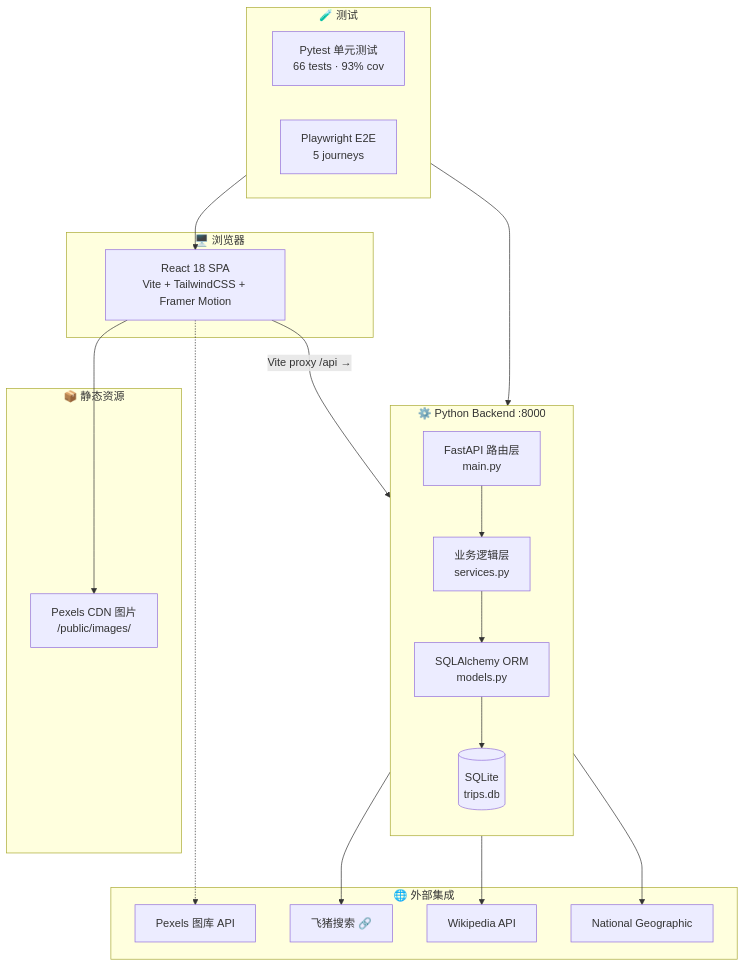
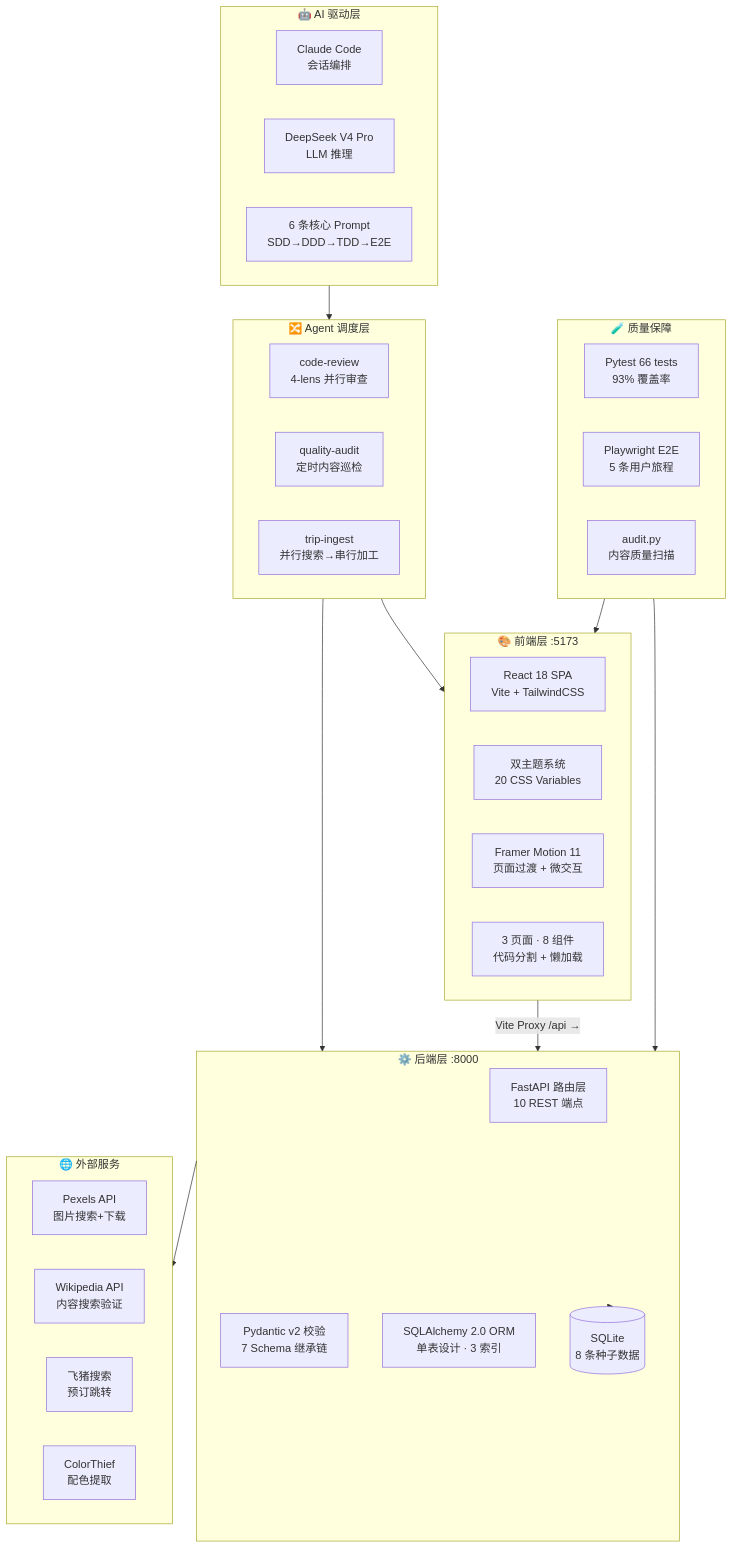
One commit to euredachen/100-incredible-trips changed the diagram in README.md. Above: the diagram before and after it, drawn with Mermaid. The commit also changed other lines of this file and 1 other file, not shown here.

````diff
--- a/README.md
+++ b/README.md
@@ -10,40 +25,50 @@
 ```mermaid
 graph TB
-    subgraph Browser["🖥️ 浏览器"]
-        FE["React 18 SPA<br/>Vite + TailwindCSS + Framer Motion"]
+    subgraph AI["🤖 AI 驱动层"]
+        CC["Claude Code<br/>会话编排"]
+        DS["DeepSeek V4 Pro<br/>LLM 推理"]
+        PROMPT["6 条核心 Prompt<br/>SDD→DDD→TDD→E2E"]
     end
 
-    subgraph CDN["📦 静态资源"]
-        IMG["Pexels CDN 图片<br/>/public/images/"]
+    subgraph Agent["🔀 Agent 调度层"]
+        CR["code-review<br/>4-lens 并行审查"]
+        QA["quality-audit<br/>定时内容巡检"]
+        INGEST["trip-ingest<br/>并行搜索→串行加工"]
     end
 
-    subgraph Backend["⚙️ Python Backend :8000"]
-        direction TB
-        API["FastAPI 路由层<br/>main.py"]
-        SVC["业务逻辑层<br/>services.py"]
-        ORM["SQLAlchemy ORM<br/>models.py"]
-        DB[("SQLite<br/>trips.db")]
-        API --> SVC --> ORM --> DB
+    subgraph Frontend["🎨 前端层 :5173"]
+        REACT["React 18 SPA<br/>Vite + TailwindCSS"]
+        THEME["双主题系统<br/>20 CSS Variables"]
+        MOTION["Framer Motion 11<br/>页面过渡 + 微交互"]
+        PAGES["3 页面 · 8 组件<br/>代码分割 + 懒加载"]
     end
 
-    subgraph External["🌐 外部集成"]
-        FLIGGY["飞猪搜索 🔗"]
-        WIKI["Wikipedia API"]
-        NATGEO["National Geographic"]
-        PEXELS["Pexels 图库 API"]
+    subgraph Backend["⚙️ 后端层 :8000"]
+        FASTAPI["FastAPI 路由层<br/>10 REST 端点"]
+        PYDANTIC["Pydantic v2 校验<br/>7 Schema 继承链"]
+        SQLALCHEMY["SQLAlchemy 2.0 ORM<br/>单表设计 · 3 索引"]
+        SQLITE[("SQLite<br/>8 条种子数据")]
     end
 
-    subgraph Testing["🧪 测试"]
-        UNIT["Pytest 单元测试<br/>66 tests · 93% cov"]
-        E2E["Playwright E2E<br/>5 journeys"]
+    subgraph External["🌐 外部服务"]
+        PEXELS["Pexels API<br/>图片搜索+下载"]
+        WIKI["Wikipedia API<br/>内容搜索验证"]
+        FLIGGY["飞猪搜索<br/>预订跳转"]
+        COLOR["ColorThief<br/>配色提取"]
     end
 
-    FE --"Vite proxy /api →"--> API
-    API --> FLIGGY
-    SVC --> WIKI
-    SVC --> NATGEO
-    FE --> IMG
-    FE -.-> PEXELS
-    Testing --> Backend
-    Testing --> FE
+    subgraph Quality["🧪 质量保障"]
+        PYTEST["Pytest 66 tests<br/>93% 覆盖率"]
+        PLAYWRIGHT["Playwright E2E<br/>5 条用户旅程"]
+        AUDIT["audit.py<br/>内容质量扫描"]
+    end
+
+    AI --> Agent
+    Agent --> Frontend
+    Agent --> Backend
+    Frontend --"Vite Proxy /api →"--> Backend
+    Backend --> SQLITE
+    Backend --> External
+    Quality --> Backend
+    Quality --> Frontend
 ```
````
